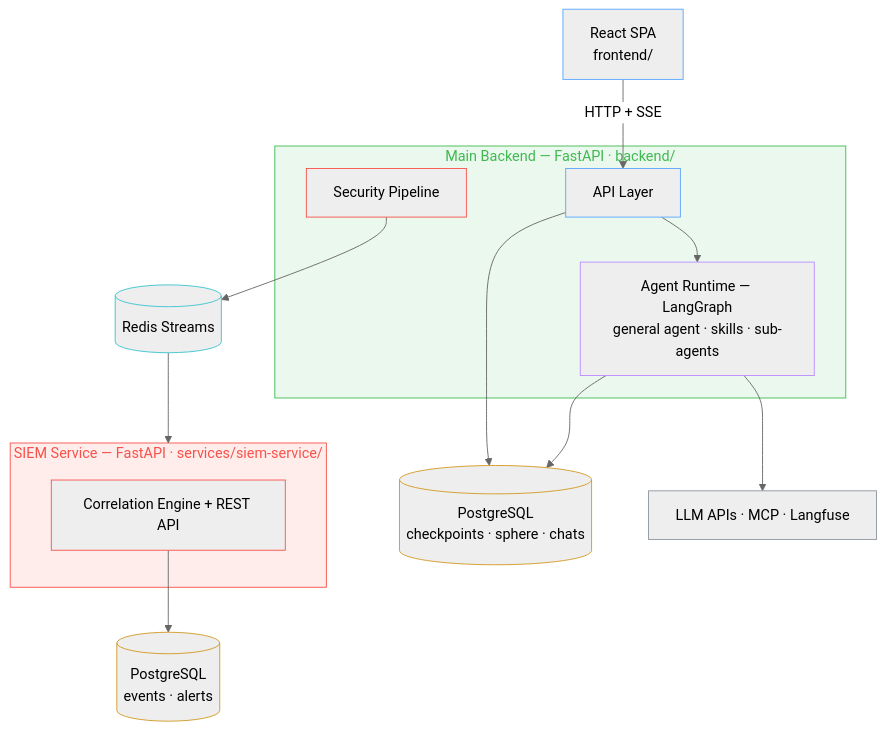
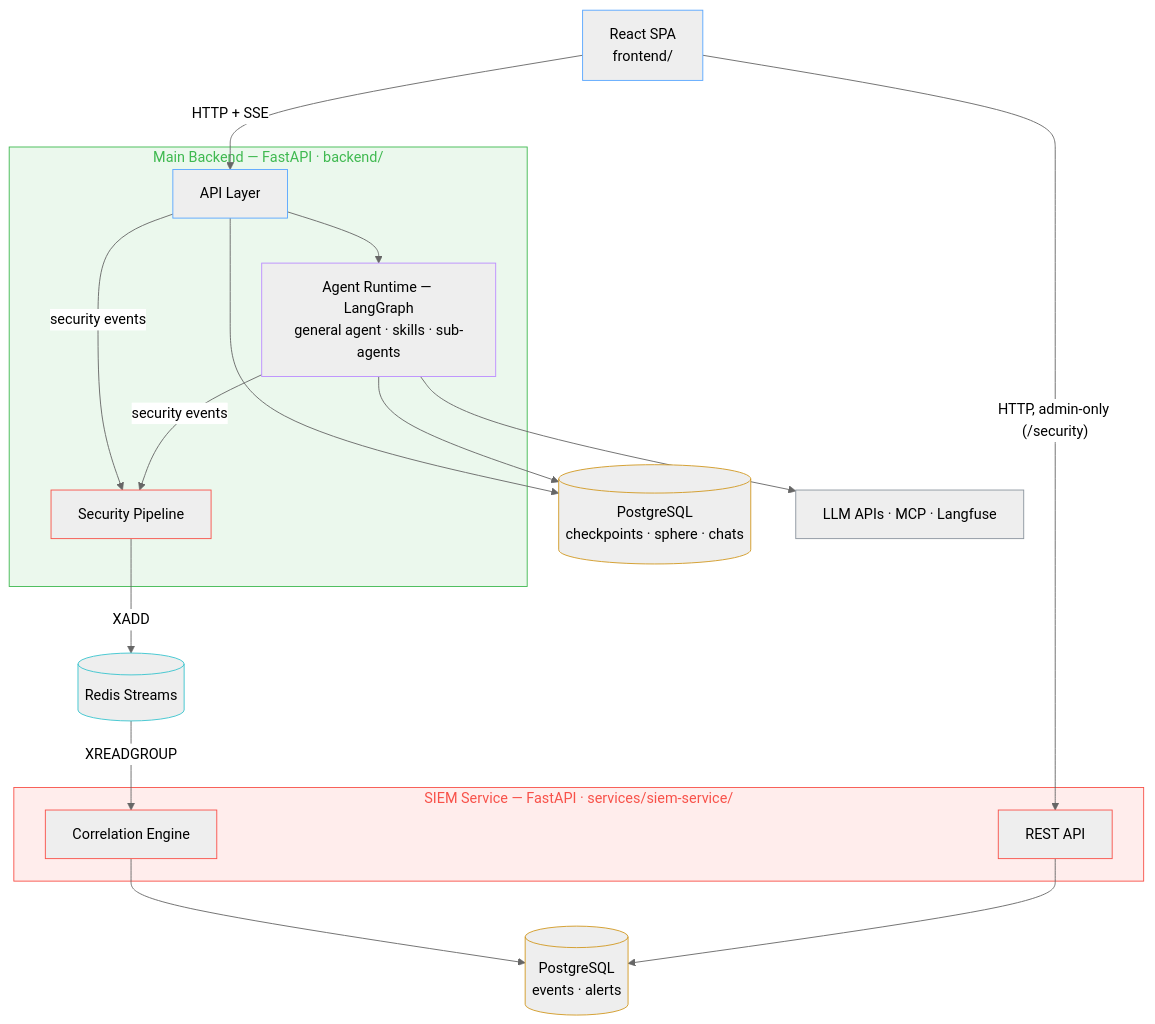
Before and after one commit to Bbar0n234/learnflow-ai: the second of 2 diagrams in README.md, drawn with Mermaid (neutral theme). The commit also changed other lines of this file, not shown here.

Commit message:
docs(readme): verify architecture diagram against code, add agent loop diagram

````diff
--- a/README.md
+++ b/README.md
@@ -64,40 +77,46 @@
 ```mermaid
 graph TD
     Frontend["React SPA<br/>frontend/"]
 
     subgraph Backend["Main Backend — FastAPI · backend/"]
         API["API Layer"]
         Runtime["Agent Runtime — LangGraph<br/>general agent · skills · sub-agents"]
         SecPipe["Security Pipeline"]
     end
 
     subgraph SIEM["SIEM Service — FastAPI · services/siem-service/"]
-        Correlation["Correlation Engine + REST API"]
+        SiemAPI["REST API"]
+        Correlation["Correlation Engine"]
     end
 
     MainDB[("PostgreSQL<br/>checkpoints · sphere · chats")]
     SiemDB[("PostgreSQL<br/>events · alerts")]
     Redis[("Redis Streams")]
     External["LLM APIs · MCP · Langfuse"]
 
     Frontend -->|HTTP + SSE| API
+    Frontend -->|"HTTP, admin-only (/security)"| SiemAPI
     API --> Runtime
     API --> MainDB
     Runtime --> MainDB
     Runtime --> External
-    SecPipe --> Redis
-    Redis --> SIEM
+    API -->|security events| SecPipe
+    Runtime -->|security events| SecPipe
+    SecPipe -->|XADD| Redis
+    Redis -->|XREADGROUP| Correlation
     Correlation --> SiemDB
+    SiemAPI --> SiemDB
 
     style Backend fill:#3fb9501a,stroke:#3fb950,color:#3fb950
     style SIEM fill:#f851491a,stroke:#f85149,color:#f85149
     style Frontend stroke:#58a6ff
     style API stroke:#58a6ff
     style Runtime stroke:#bc8cff
     style SecPipe stroke:#f85149
+    style SiemAPI stroke:#f85149
     style Correlation stroke:#f85149
     style MainDB stroke:#d29922
     style SiemDB stroke:#d29922
     style Redis stroke:#39c5cf
     style External stroke:#8b949e
 ```
````
